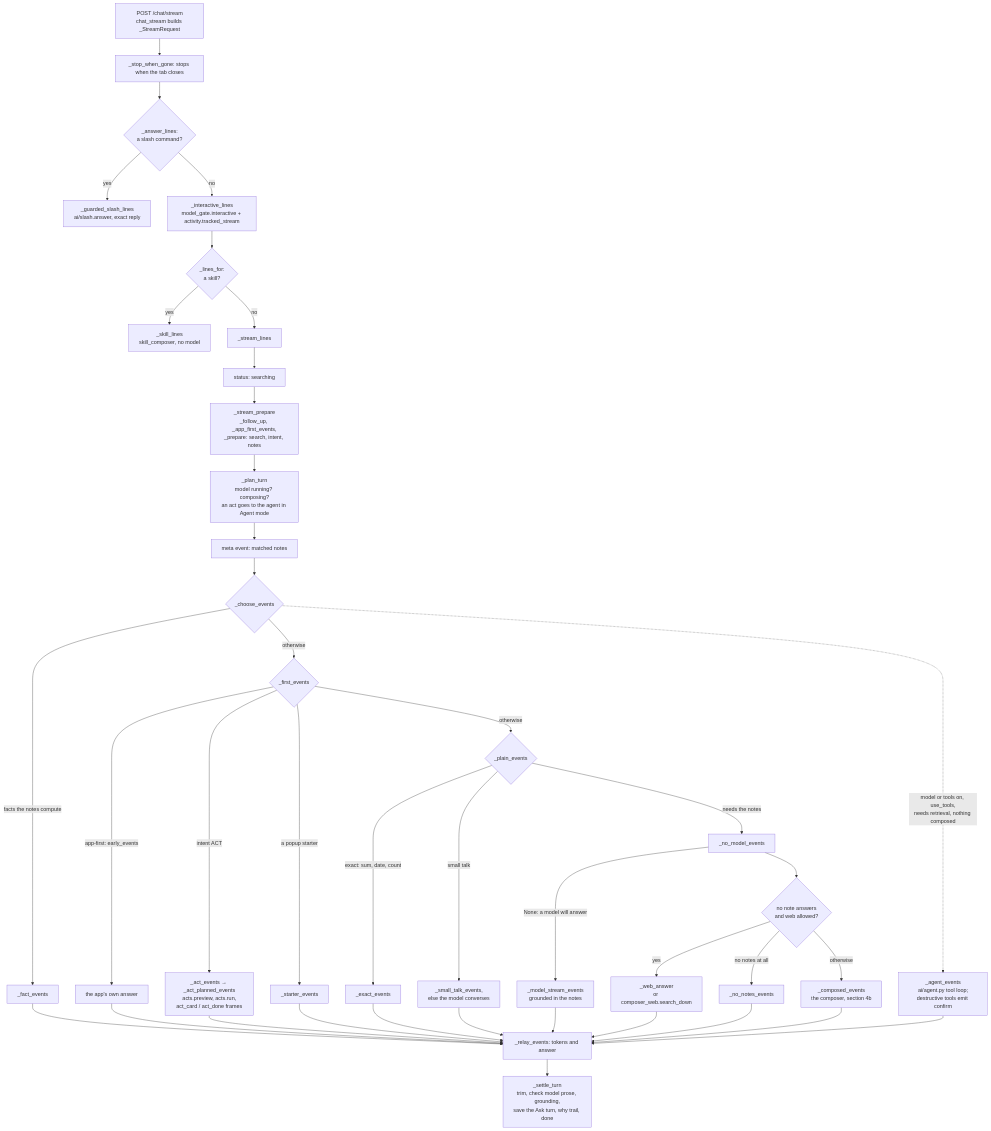
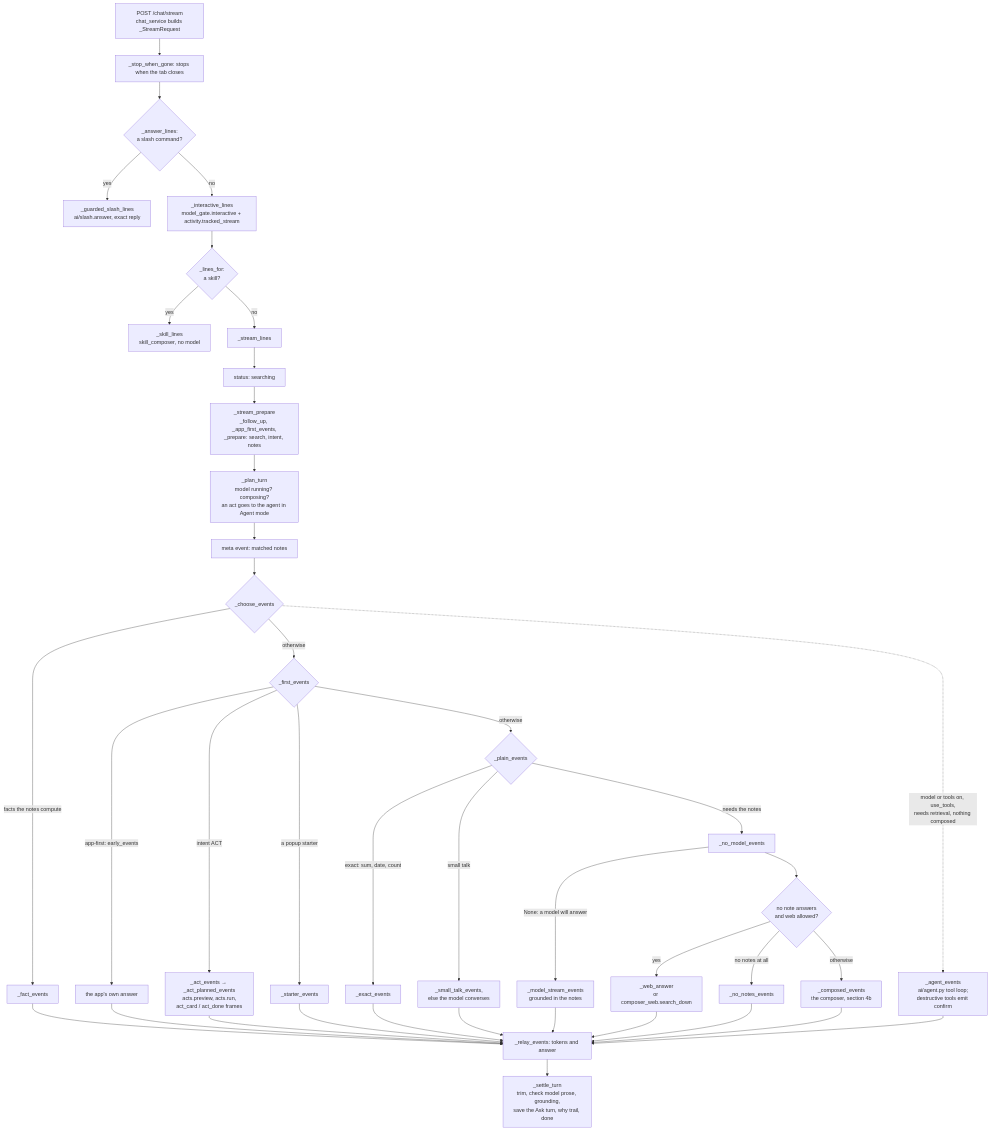
The second of 3 diagrams in docs/ARCHITECTURE.md (Braydenh563/Tessellate), drawn with Mermaid before and after one commit. The commit also changed other lines of this file and 57 other files, not shown here.

First line of the commit message:
Move the chat turn out of routes_chat into api/chat_service.py (L-world-class-634)

````diff
--- a/docs/ARCHITECTURE.md
+++ b/docs/ARCHITECTURE.md
@@ -154,45 +154,45 @@
 ```mermaid
 flowchart TD
-  Q["POST /chat/stream<br/>chat_stream builds _StreamRequest"] --> Gone["_stop_when_gone: stops when the tab closes"]
+  Q["POST /chat/stream<br/>chat_service builds _StreamRequest"] --> Gone["_stop_when_gone: stops when the tab closes"]
   Gone --> AL{"_answer_lines:<br/>a slash command?"}
   AL -- yes --> Slash["_guarded_slash_lines<br/>ai/slash.answer, exact reply"]
   AL -- no --> IL["_interactive_lines<br/>model_gate.interactive + activity.tracked_stream"]
   IL --> LF{"_lines_for:<br/>a skill?"}
   LF -- yes --> Skill["_skill_lines<br/>skill_composer, no model"]
   LF -- no --> SL["_stream_lines"]
 
   SL --> S1["status: searching"]
   S1 --> Prep["_stream_prepare<br/>_follow_up, _app_first_events,<br/>_prepare: search, intent, notes"]
   Prep --> Plan["_plan_turn<br/>model running? composing?<br/>an act goes to the agent in Agent mode"]
   Plan --> Meta["meta event: matched notes"]
   Meta --> CE{"_choose_events"}
   CE -- "facts the notes compute" --> Facts["_fact_events"]
   CE -- otherwise --> FE{"_first_events"}
   FE -- "app-first: early_events" --> Early["the app's own answer"]
   FE -- "intent ACT" --> Acts["_act_events → _act_planned_events<br/>acts.preview, acts.run,<br/>act_card / act_done frames"]
   FE -- "a popup starter" --> Starter["_starter_events"]
   FE -- otherwise --> PE{"_plain_events"}
   PE -- "exact: sum, date, count" --> Exact["_exact_events"]
   PE -- "small talk" --> Talk["_small_talk_events,<br/>else the model converses"]
   PE -- "needs the notes" --> NM["_no_model_events"]
   NM -- "None: a model will answer" --> Model["_model_stream_events<br/>grounded in the notes"]
   CE -. "model or tools on, use_tools,<br/>needs retrieval, nothing composed" .-> Agent["_agent_events<br/>ai/agent.py tool loop;<br/>destructive tools emit confirm"]
 
   NM --> Web{"no note answers<br/>and web allowed?"}
   Web -- yes --> WebA["_web_answer<br/>or composer_web.search_down"]
   Web -- "no notes at all" --> None["_no_notes_events"]
   Web -- otherwise --> Comp["_composed_events<br/>the composer, section 4b"]
 
   Facts --> Relay
   Early --> Relay
   Acts --> Relay
   Starter --> Relay
   Exact --> Relay
   Talk --> Relay
   Model --> Relay
   Agent --> Relay
   WebA --> Relay
   None --> Relay
   Comp --> Relay
   Relay["_relay_events: tokens and answer"] --> Settle["_settle_turn<br/>trim, check model prose, grounding,<br/>save the Ask turn, why trail, done"]
 ```
````
